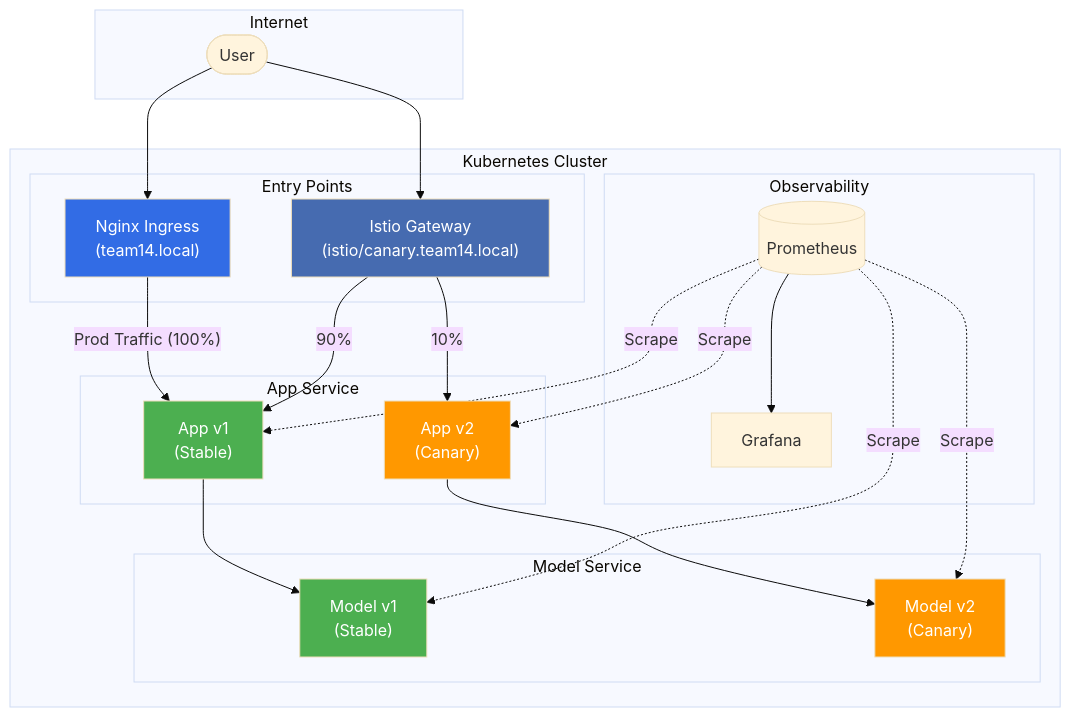
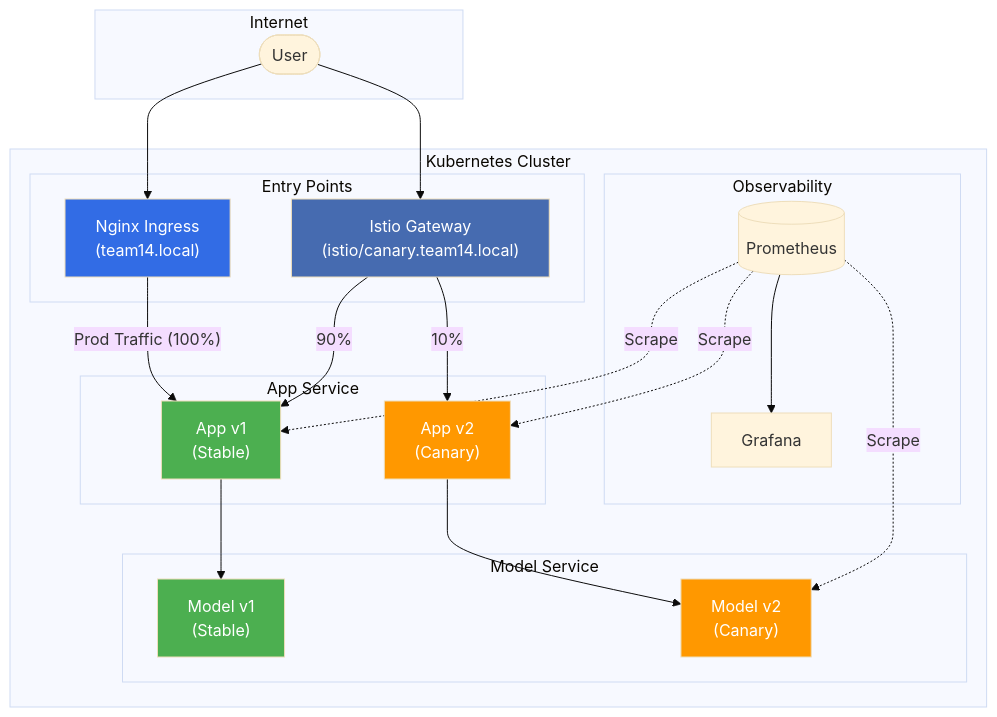
Before and after one commit to doda2025-team14/operation: the second of 7 diagrams in docs/deployment.md, drawn with Mermaid (base theme). The commit also changed other lines of this file, not shown here.

````diff
--- a/docs/deployment.md
+++ b/docs/deployment.md
@@ -89,51 +89,51 @@
 ```mermaid
 flowchart TB
     subgraph Internet["Internet"]
         User([User])
     end
 
     subgraph Cluster["Kubernetes Cluster"]
         subgraph Ingress["Entry Points"]
             Nginx["Nginx Ingress<br/>(team14.local)"]
             IstioGW["Istio Gateway<br/>(istio/canary.team14.local)"]
         end
 
         subgraph AppLayer["App Service"]
             AppV1["App v1<br/>(Stable)"]
             AppV2["App v2<br/>(Canary)"]
         end
 
         subgraph ModelLayer["Model Service"]
             ModelV1["Model v1<br/>(Stable)"]
             ModelV2["Model v2<br/>(Canary)"]
         end
         
         subgraph Monitoring["Observability"]
             Prometheus[(Prometheus)]
             Grafana["Grafana"]
         end
     end
 
     %% Routing
     User --> Nginx
     User --> IstioGW
     
     Nginx -->|"Prod Traffic (100%)"| AppV1
     IstioGW -->|"90%"| AppV1
     IstioGW -->|"10%"| AppV2
     
     %% Internal Connections (version-matched)
     AppV1 --> ModelV1
     AppV2 --> ModelV2
     
     %% Monitoring Connections
-    Prometheus -.->|Scrape| AppV1 & AppV2 & ModelV1 & ModelV2
+    Prometheus -.->|Scrape| AppV1 & AppV2 & ModelV2
     Prometheus --> Grafana
 
     style AppV1 fill:#4CAF50,color:#fff
     style AppV2 fill:#FF9800,color:#fff
     style ModelV1 fill:#4CAF50,color:#fff
     style ModelV2 fill:#FF9800,color:#fff
     style Nginx fill:#326CE5,color:#fff
     style IstioGW fill:#466BB0,color:#fff
 ```
````
